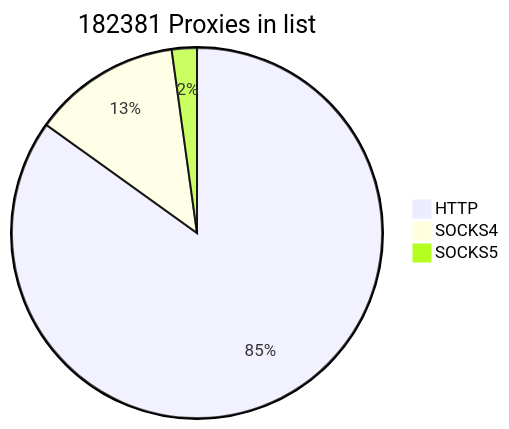
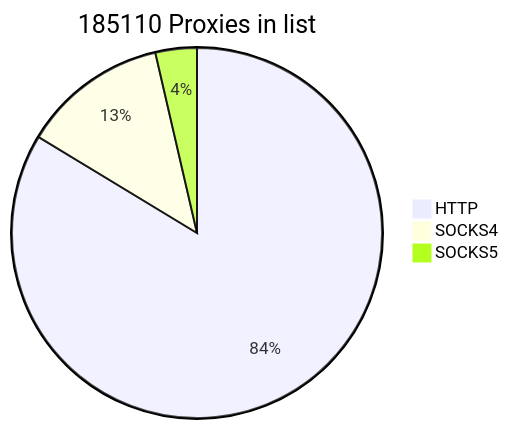
The first of 2 diagrams in README.md (cutipu/proxylist), drawn with Mermaid before and after one commit. The commit also changed other lines of this file, not shown here.

````diff
--- a/README.md
+++ b/README.md
@@ -2,7 +2,7 @@
 ```mermaid
-pie title 182381 Proxies in list
-    "HTTP" : 154850
+pie title 185110 Proxies in list
+    "HTTP" : 154878
     "SOCKS4" : 23535
-    "SOCKS5" : 3996
+    "SOCKS5" : 6697
             
 ```
````
